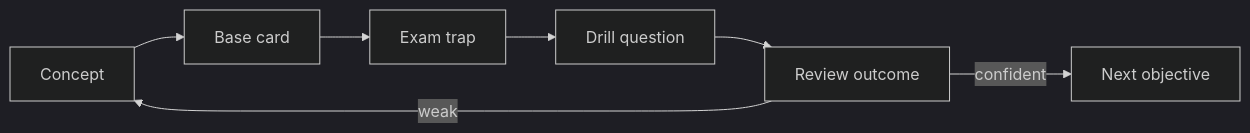
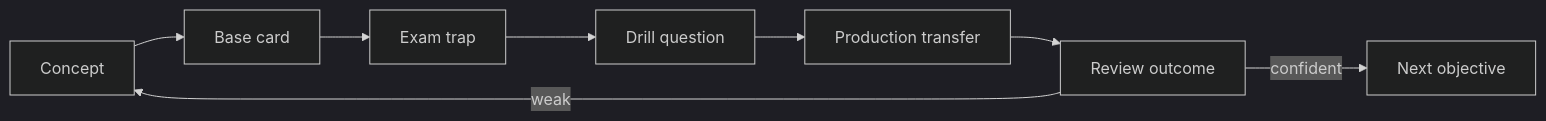
The diagram in 30_CERTIFICATIONS/Certification MOC.md (alimbetov/obsidian), drawn with Mermaid (dark theme) before and after one commit. The commit also changed other lines of this file, not shown here.

````diff
--- a/30_CERTIFICATIONS/Certification MOC.md
+++ b/30_CERTIFICATIONS/Certification MOC.md
@@ -15,9 +15,10 @@
 ```mermaid
 flowchart LR
     C[Concept] --> Q[Base card]
     Q --> T[Exam trap]
     T --> D[Drill question]
-    D --> R[Review outcome]
+    D --> P[Production transfer]
+    P --> R[Review outcome]
     R -->|weak| C
     R -->|confident| N[Next objective]
 ```
````
